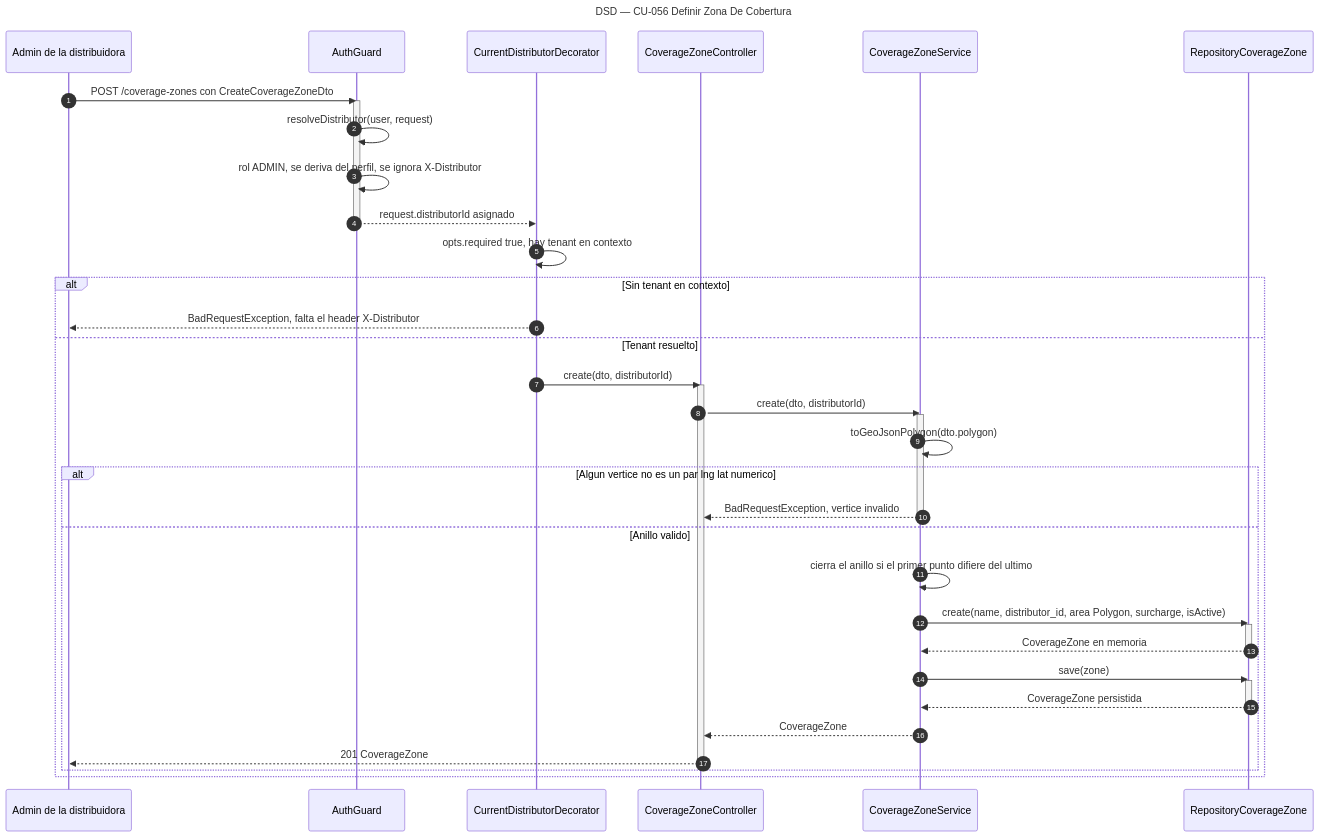
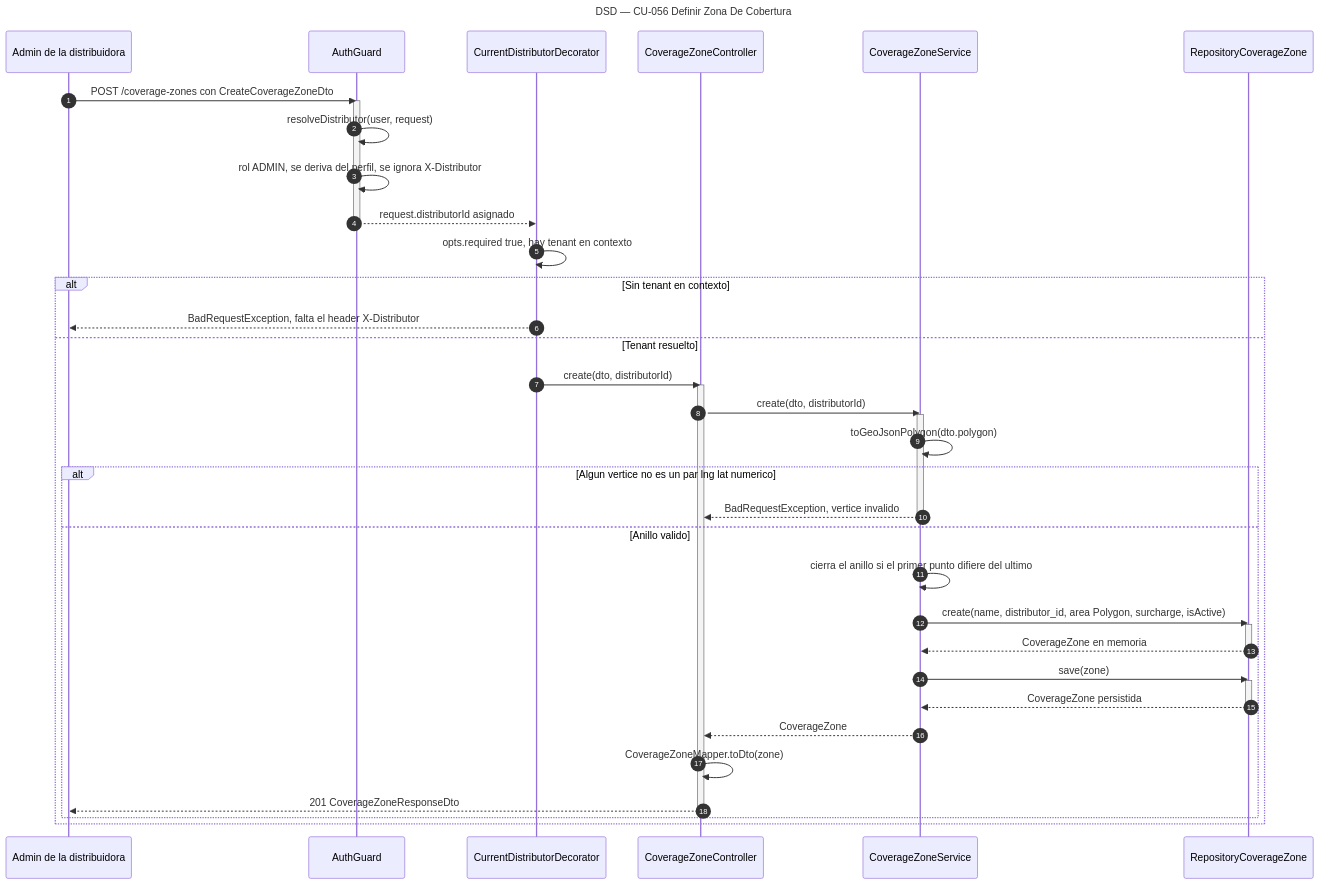
The diagram in diagramas/DSD_CU-056_Definir-Zona-De-Cobertura.mmd (Nahuelito-Dev/splg-docs), drawn with Mermaid before and after one commit. The commit also changed 3 other files, not shown here.

Commit message:
docs(dsd): zonas con CoverageZoneResponseDto

```diff
--- a/diagramas/DSD_CU-056_Definir-Zona-De-Cobertura.mmd
+++ b/diagramas/DSD_CU-056_Definir-Zona-De-Cobertura.mmd
@@ -1,43 +1,44 @@
 sequenceDiagram
     title DSD — CU-056 Definir Zona De Cobertura
     autonumber
     participant ADM as Admin de la distribuidora
     participant AUTH as AuthGuard
     participant DEC as CurrentDistributorDecorator
     participant CTRL as CoverageZoneController
     participant SRV as CoverageZoneService
     participant REPO as RepositoryCoverageZone
 
     ADM->>AUTH: POST /coverage-zones con CreateCoverageZoneDto
     activate AUTH
     AUTH->>AUTH: resolveDistributor(user, request)
     AUTH->>AUTH: rol ADMIN, se deriva del perfil, se ignora X-Distributor
     AUTH-->>DEC: request.distributorId asignado
     deactivate AUTH
     DEC->>DEC: opts.required true, hay tenant en contexto
     alt Sin tenant en contexto
         DEC-->>ADM: BadRequestException, falta el header X-Distributor
     else Tenant resuelto
         DEC->>CTRL: create(dto, distributorId)
         activate CTRL
         CTRL->>SRV: create(dto, distributorId)
         activate SRV
         SRV->>SRV: toGeoJsonPolygon(dto.polygon)
         alt Algun vertice no es un par lng lat numerico
             SRV-->>CTRL: BadRequestException, vertice invalido
             deactivate SRV
         else Anillo valido
             SRV->>SRV: cierra el anillo si el primer punto difiere del ultimo
             SRV->>REPO: create(name, distributor_id, area Polygon, surcharge, isActive)
             activate REPO
             REPO-->>SRV: CoverageZone en memoria
             deactivate REPO
             SRV->>REPO: save(zone)
             activate REPO
             REPO-->>SRV: CoverageZone persistida
             deactivate REPO
             SRV-->>CTRL: CoverageZone
-            CTRL-->>ADM: 201 CoverageZone
+            CTRL->>CTRL: CoverageZoneMapper.toDto(zone)
+            CTRL-->>ADM: 201 CoverageZoneResponseDto
             deactivate CTRL
         end
     end
```
